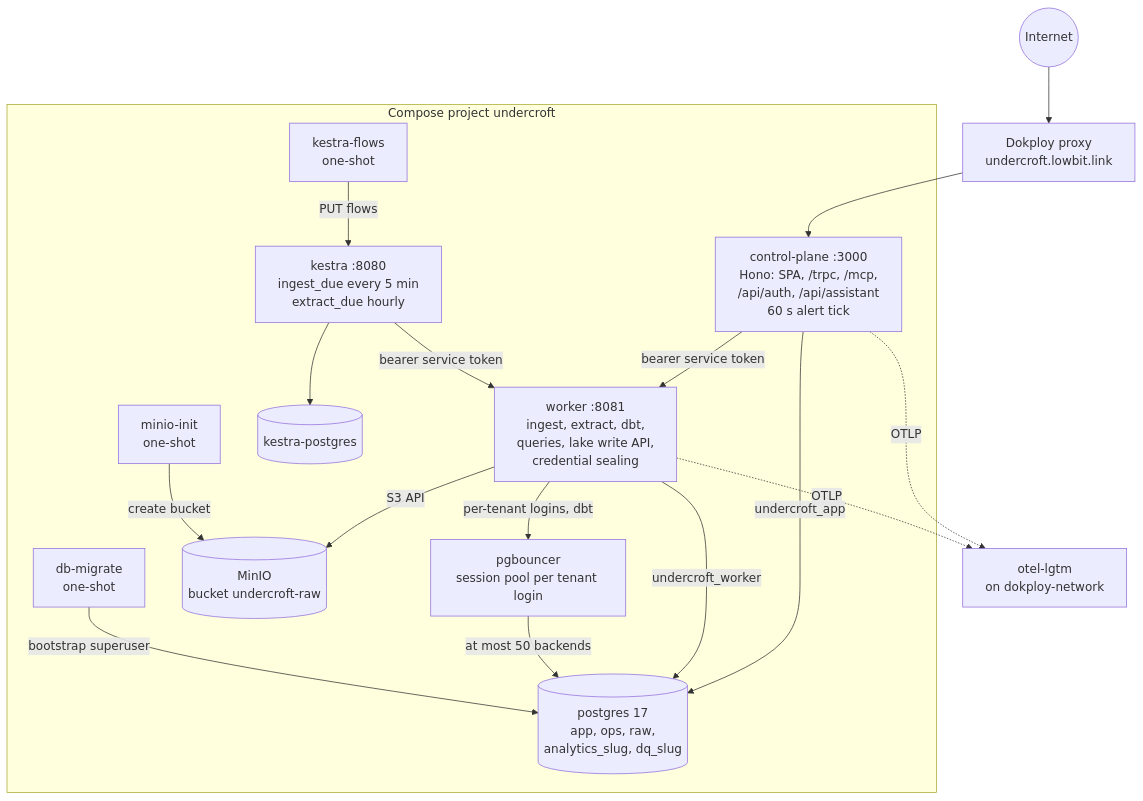
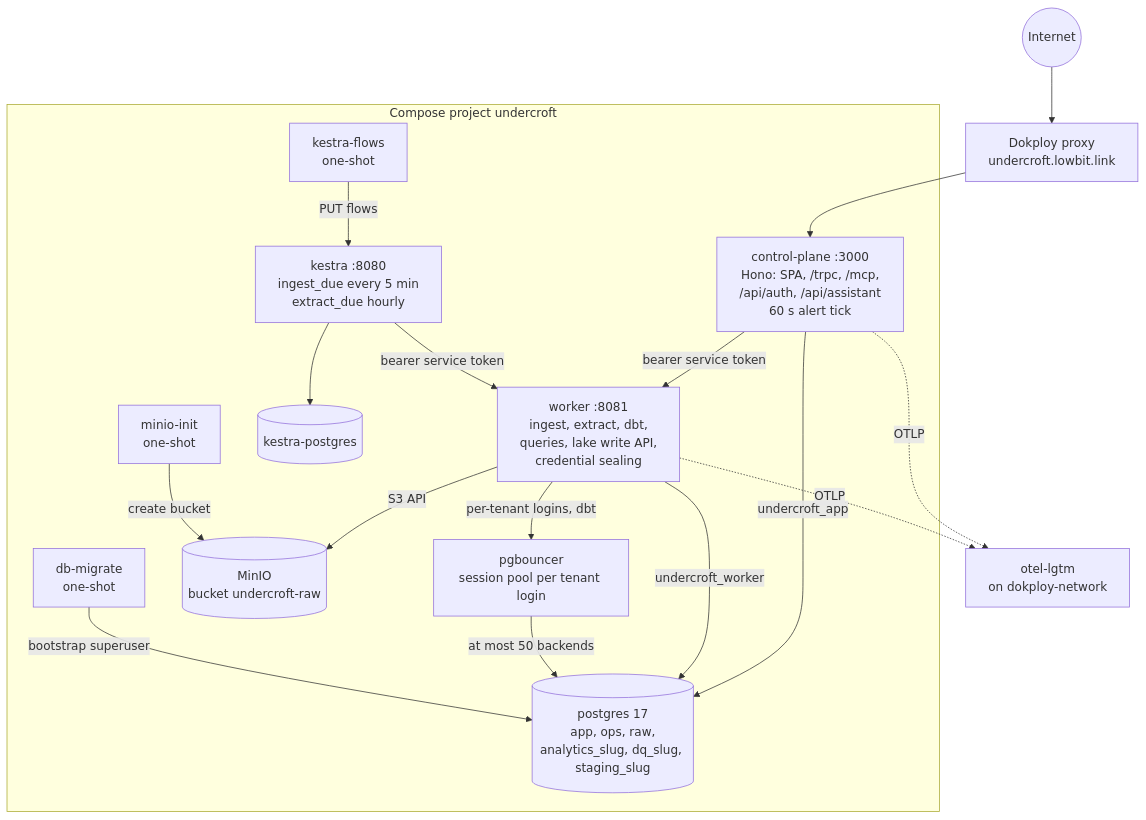
One commit to muitneliss/undercroft changed the third of 15 diagrams in docs/architecture.md. Above: the diagram before and after it, drawn with Mermaid. The commit also changed other lines of this file and 51 other files, not shown here.

````diff
--- a/docs/architecture.md
+++ b/docs/architecture.md
@@ -136,35 +138,35 @@
 ```mermaid
 flowchart TB
     internet(("Internet"))
     proxy["Dokploy proxy<br/>undercroft.lowbit.link"]
 
     subgraph stack["Compose project undercroft"]
         cp["control-plane :3000<br/>Hono: SPA, /trpc, /mcp,<br/>/api/auth, /api/assistant<br/>60 s alert tick"]
         worker["worker :8081<br/>ingest, extract, dbt,<br/>queries, lake write API,<br/>credential sealing"]
         kestra["kestra :8080<br/>ingest_due every 5 min<br/>extract_due hourly"]
         pgb["pgbouncer<br/>session pool per tenant login"]
-        pg[("postgres 17<br/>app, ops, raw,<br/>analytics_slug, dq_slug")]
+        pg[("postgres 17<br/>app, ops, raw,<br/>analytics_slug, dq_slug, staging_slug")]
         kpg[("kestra-postgres")]
         minio[("MinIO<br/>bucket undercroft-raw")]
         migrate["db-migrate<br/>one-shot"]
         flows["kestra-flows<br/>one-shot"]
         minit["minio-init<br/>one-shot"]
     end
 
     otel["otel-lgtm<br/>on dokploy-network"]
 
     internet --> proxy --> cp
     cp -->|"undercroft_app"| pg
     cp -->|"bearer service token"| worker
     kestra -->|"bearer service token"| worker
     kestra --> kpg
     worker -->|"undercroft_worker"| pg
     worker -->|"per-tenant logins, dbt"| pgb
     pgb -->|"at most 50 backends"| pg
     worker -->|"S3 API"| minio
     migrate -->|"bootstrap superuser"| pg
     flows -->|"PUT flows"| kestra
     minit -->|"create bucket"| minio
     cp -.->|"OTLP"| otel
     worker -.->|"OTLP"| otel
 ```
````
